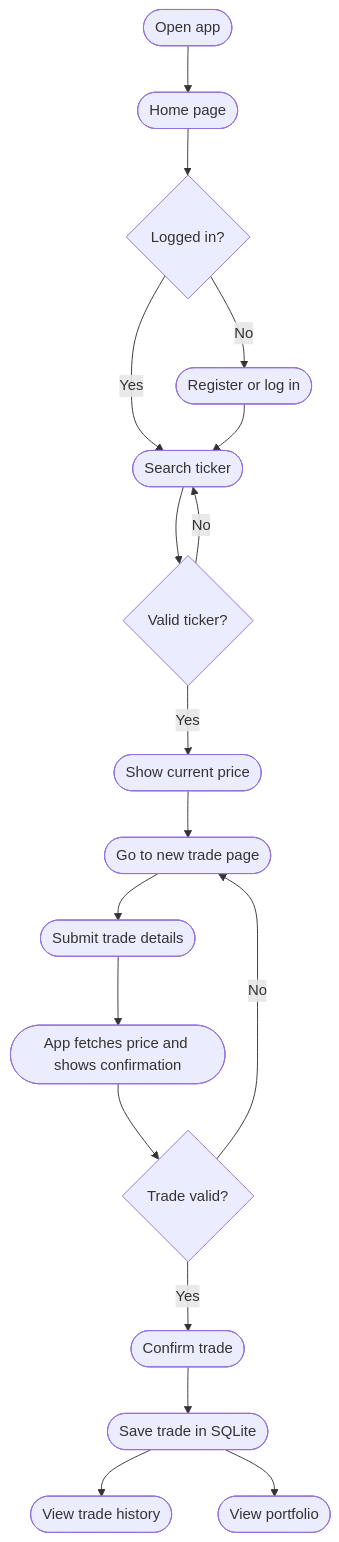
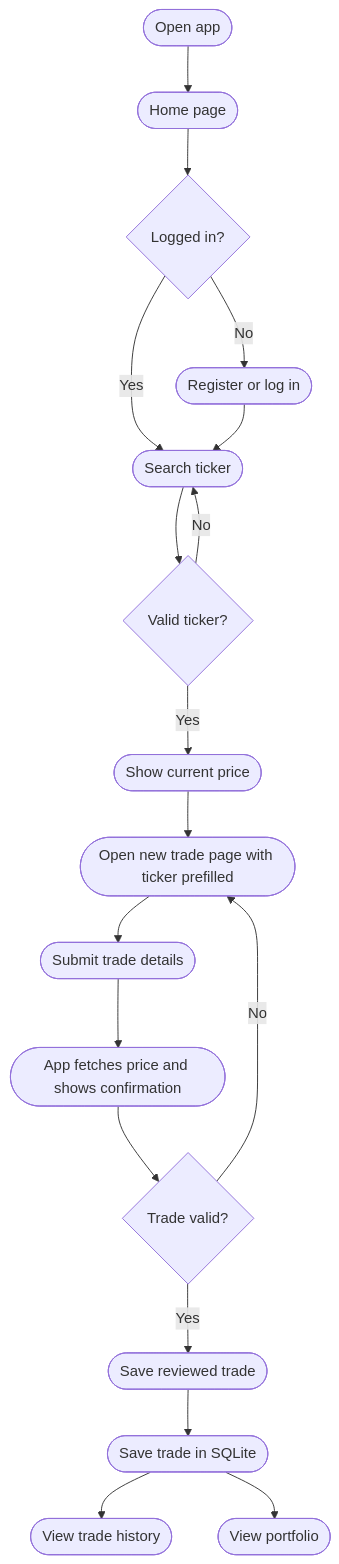
One commit to noahstephenson/Paper-Trading-App changed the fourth of 5 diagrams in README.md. Above: the diagram before and after it, drawn with Mermaid. The commit also changed other lines of this file and 5 other files, not shown here.

````diff
--- a/README.md
+++ b/README.md
@@ -117,25 +119,25 @@
 ```mermaid
 flowchart TD
     Open([Open app]) --> Home([Home page])
     Home --> LoggedIn{Logged in?}
 
     LoggedIn -- No --> Auth([Register or log in])
     LoggedIn -- Yes --> Search([Search ticker])
     Auth --> Search
 
     Search --> Ticker{Valid ticker?}
     Ticker -- No --> Search
     Ticker -- Yes --> Price([Show current price])
 
-    Price --> TradePage([Go to new trade page])
+    Price --> TradePage([Open new trade page with ticker prefilled])
     TradePage --> Submit([Submit trade details])
     Submit --> Review([App fetches price and shows confirmation])
 
     Review --> Valid{Trade valid?}
     Valid -- No --> TradePage
-    Valid -- Yes --> Confirm([Confirm trade])
+    Valid -- Yes --> Confirm([Save reviewed trade])
 
     Confirm --> Save([Save trade in SQLite])
     Save --> History([View trade history])
     Save --> Portfolio([View portfolio])
 ```
````
